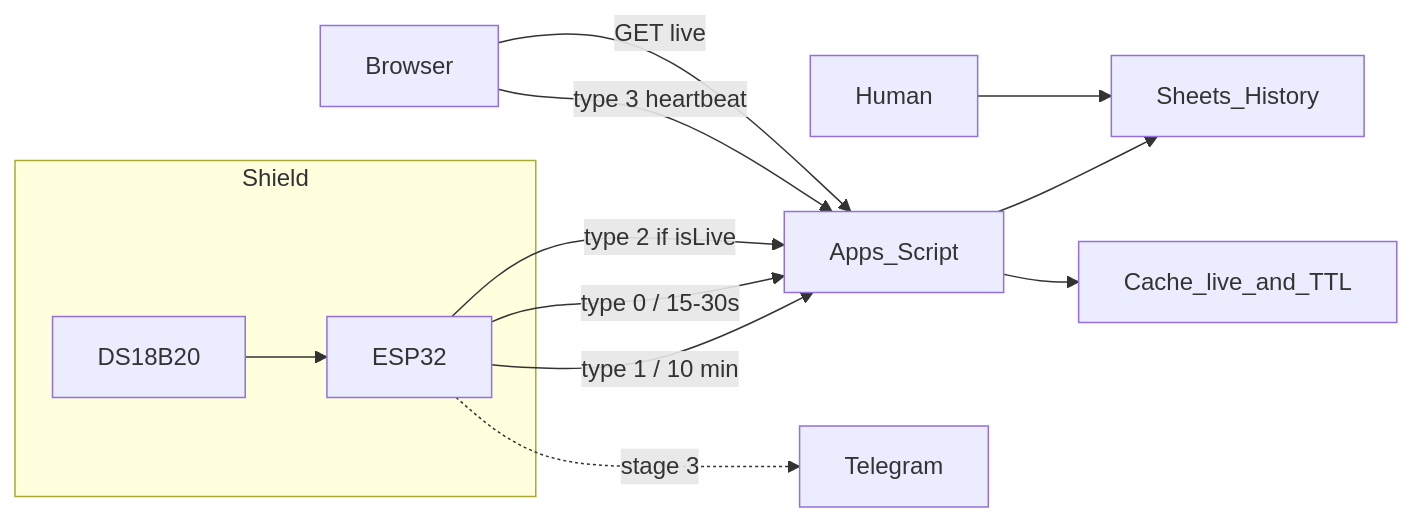
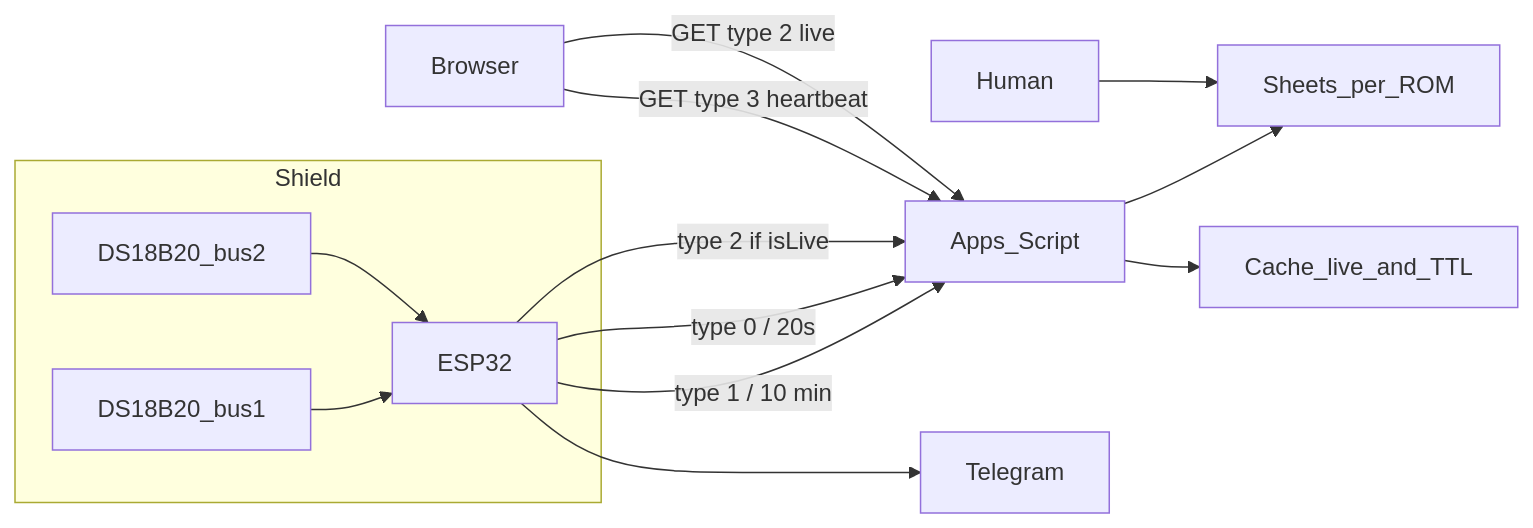
One commit to araneusX/smart-dacha changed the diagram in PLAN.md. Above: the diagram before and after it, drawn with Mermaid. The commit also changed other lines of this file and 19 other files, not shown here.

````diff
--- a/PLAN.md
+++ b/PLAN.md
@@ -21,17 +19,19 @@
 ```mermaid
 flowchart LR
   subgraph panel [Shield]
-    DS[DS18B20]
+    DS1[DS18B20_bus1]
+    DS2[DS18B20_bus2]
     MCU[ESP32]
-    DS --> MCU
+    DS1 --> MCU
+    DS2 --> MCU
   end
   MCU -->|"type 1 / 10 min"| AS[Apps_Script]
-  MCU -->|"type 0 / 15-30s"| AS
+  MCU -->|"type 0 / 20s"| AS
   MCU -->|"type 2 if isLive"| AS
-  AS --> Sheets[Sheets_History]
+  AS --> Sheets[Sheets_per_ROM]
   AS --> Cache[Cache_live_and_TTL]
-  Browser -->|"type 3 heartbeat"| AS
-  Browser -->|"GET live"| AS
+  Browser -->|"GET type 3 heartbeat"| AS
+  Browser -->|"GET type 2 live"| AS
   Human --> Sheets
-  MCU -.->|"stage 3"| TG[Telegram]
+  MCU --> TG[Telegram]
 ```
````
